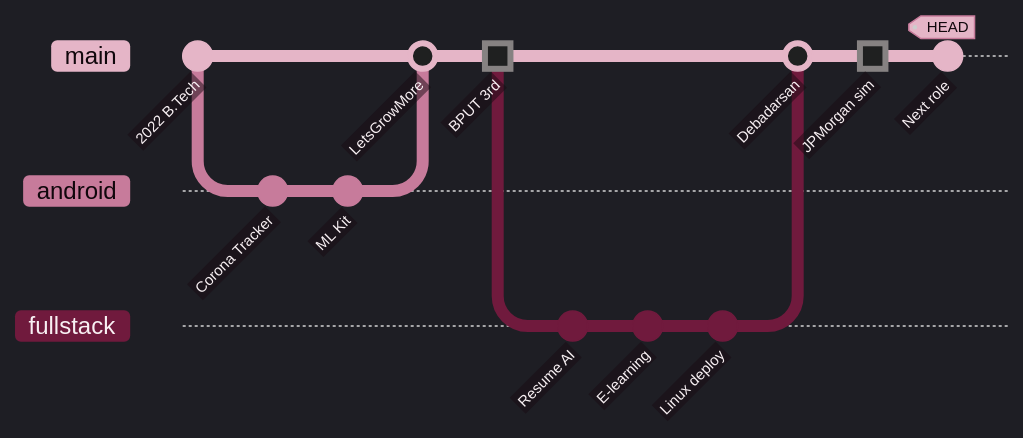
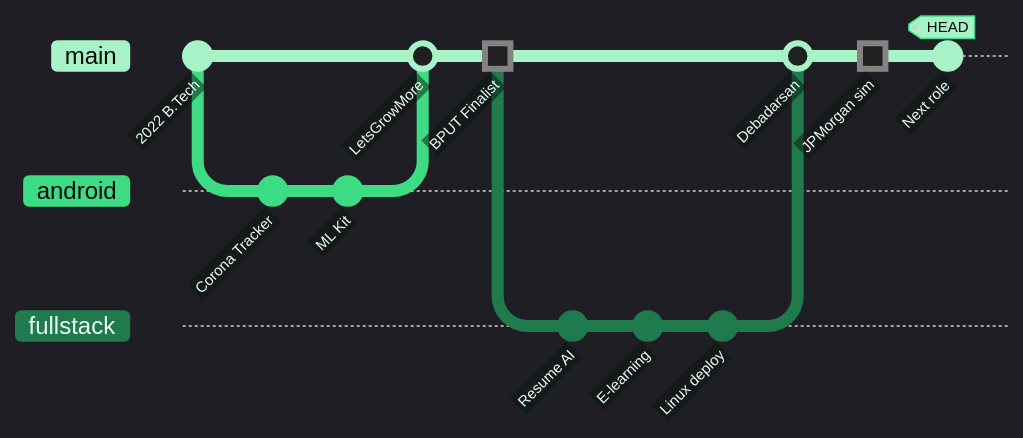
Before and after one commit to Ayushh23/Ayushh23: the first of 3 diagrams in README.md, drawn with Mermaid. The commit also changed other lines of this file, not shown here.

````diff
--- a/README.md
+++ b/README.md
@@ -33,19 +33,19 @@
 ```mermaid
-%%{init: {'theme':'dark','themeVariables':{'git0':'#E5B5C7','git1':'#C77B9B','git2':'#701A3D','gitBranchLabel0':'#10070C','gitBranchLabel1':'#10070C','gitBranchLabel2':'#F8F0F3','commitLabelColor':'#F8F0F3','commitLabelBackground':'#190B12','tagLabelColor':'#10070C','tagLabelBackground':'#E5B5C7','tagLabelBorder':'#C77B9B'}}}%%
+%%{init: {'theme':'dark','themeVariables':{'git0':'#A7F3C7','git1':'#3DDC84','git2':'#1F7A4D','gitBranchLabel0':'#050A07','gitBranchLabel1':'#050A07','gitBranchLabel2':'#ECFDF5','commitLabelColor':'#ECFDF5','commitLabelBackground':'#0B1410','tagLabelColor':'#050A07','tagLabelBackground':'#A7F3C7','tagLabelBorder':'#3DDC84'}}}%%
 gitGraph
    commit id: "2022 B.Tech"
    branch android
    commit id: "Corona Tracker"
    commit id: "ML Kit"
    checkout main
    merge android id: "LetsGrowMore"
-   commit id: "BPUT 3rd" type: HIGHLIGHT
+   commit id: "BPUT Finalist" type: HIGHLIGHT
    branch fullstack
    commit id: "Resume AI"
    commit id: "E-learning"
    commit id: "Linux deploy"
    checkout main
    merge fullstack id: "Debadarsan"
    commit id: "JPMorgan sim" type: HIGHLIGHT
    commit id: "Next role" tag: "HEAD"
 ```
````
